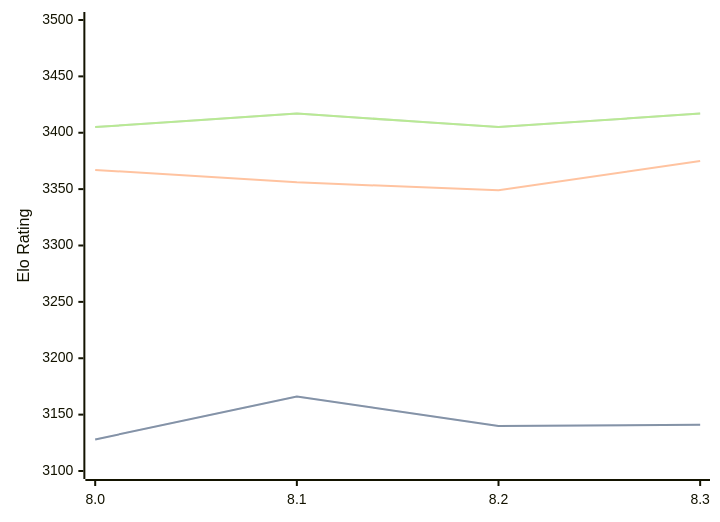
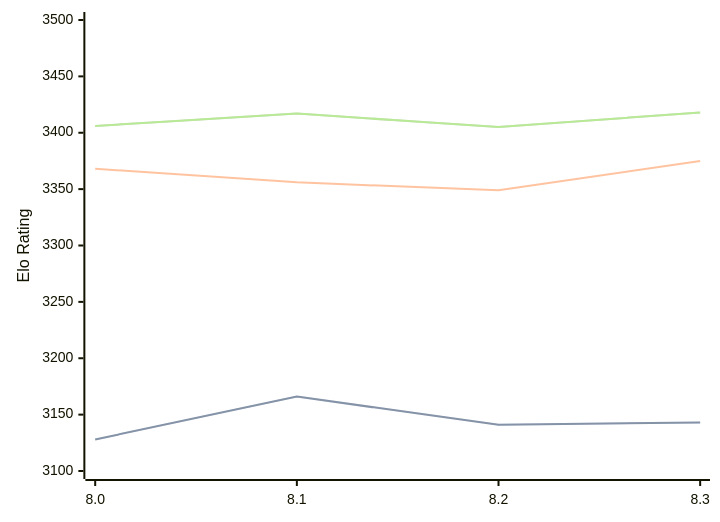
The first of 3 diagrams in engines/Alexander.md (computer-chess-index/cci), drawn with Mermaid before and after one commit. The commit also changed other lines of this file, not shown here.

Commit message:
Update CCI Ratings (ELO VLTC) - 2026-07-12

````diff
--- a/engines/Alexander.md
+++ b/engines/Alexander.md
@@ -48,11 +48,11 @@
 ```mermaid
 %%{init: {"theme":"base","themeVariables":{"seriesColors:['#a3a3a3','#222221','#faa371']}}}%%
 xychart-beta
   x-axis ["8.0", "8.1", "8.2", "8.3"]
   y-axis "Elo Rating" 3100 --> 3500
-  line "STC (8.0+0.08s)" [3128, 3166, 3140, 3141]
-  line "STC (8.0+0.08s)" [3128, 3166, 3140, 3141]
-  line "LTC (60.0+0.60s)" [3367, 3356, 3349, 3375]
-  line "VLTC (2m24s+1.12s)" [3405, 3417, 3405, 3417]
-  line "VLTC (2m24s+1.12s)" [3405, 3417, 3405, 3417]
+  line "STC (8.0+0.08s)" [3128, 3166, 3141, 3143]
+  line "STC (8.0+0.08s)" [3128, 3166, 3141, 3143]
+  line "LTC (60.0+0.60s)" [3368, 3356, 3349, 3375]
+  line "VLTC (2m24s+1.12s)" [3406, 3417, 3405, 3418]
+  line "VLTC (2m24s+1.12s)" [3406, 3417, 3405, 3418]
 ```
````
